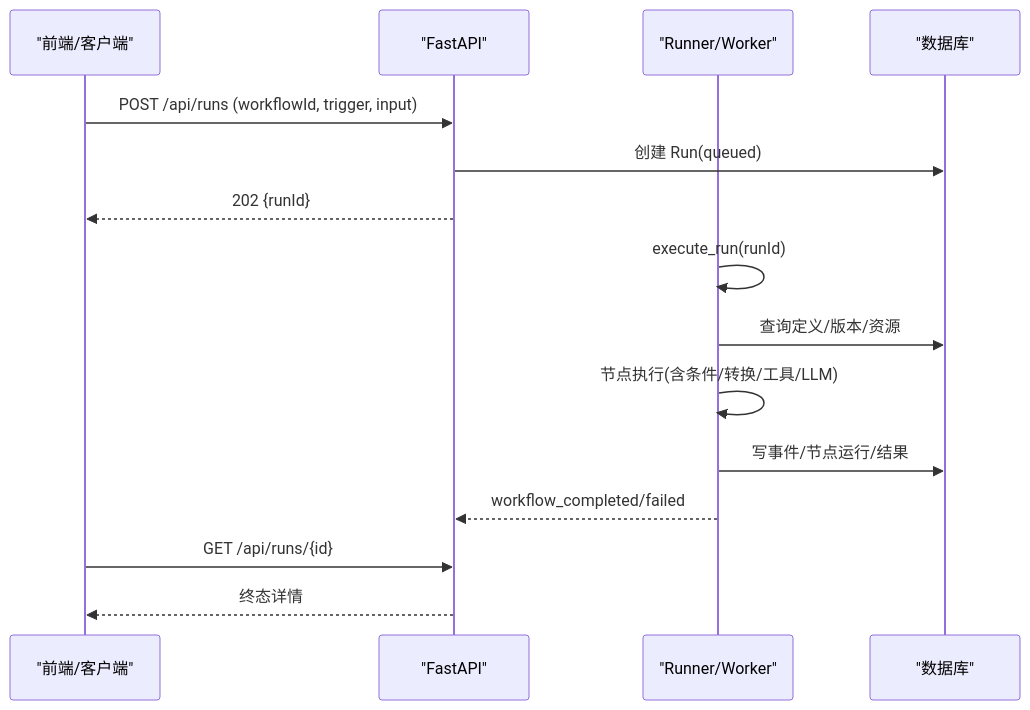
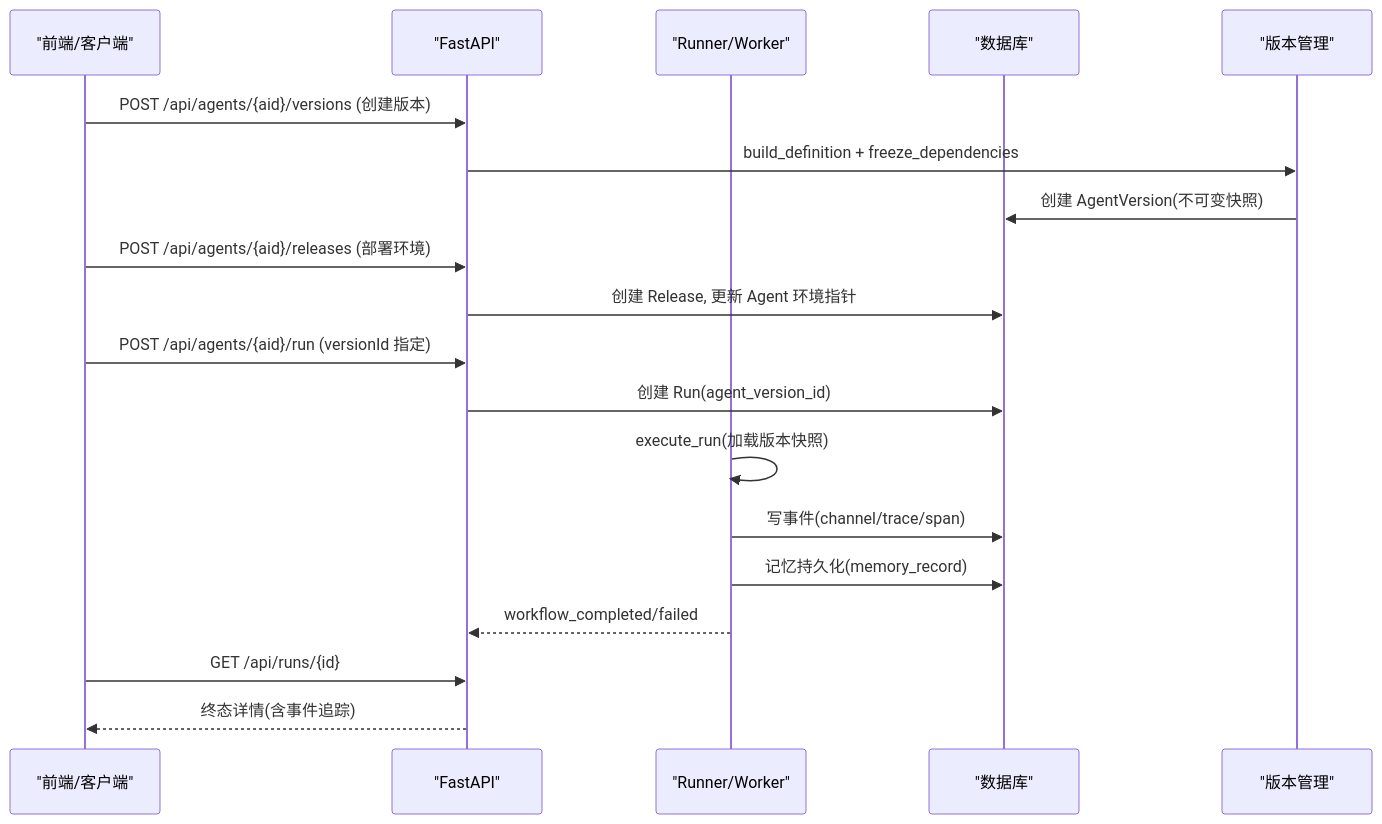
One commit to huiliuxu780/MoreThanCorn changed the second of 2 diagrams in .qoder/repowiki/zh/content/测试与验证体系.md. Above: the diagram before and after it, drawn with Mermaid. The commit also changed other lines of this file and 136 other files, not shown here.

Commit message:
fix: 画布保存后误用 Agent ID 调校验接口（404→每次自动保存报保存失败）；改用 workflowId（用户报告：编辑 workflow 报错）

````diff
--- a/.qoder/repowiki/zh/content/测试与验证体系.md
+++ b/.qoder/repowiki/zh/content/测试与验证体系.md
@@ -116,17 +144,21 @@
 ```mermaid
 sequenceDiagram
 participant FE as "前端/客户端"
 participant API as "FastAPI"
 participant RUN as "Runner/Worker"
 participant DB as "数据库"
-FE->>API : POST /api/runs (workflowId, trigger, input)
-API->>DB : 创建 Run(queued)
-API-->>FE : 202 {runId}
-RUN->>RUN : execute_run(runId)
-RUN->>DB : 查询定义/版本/资源
-RUN->>RUN : 节点执行(含条件/转换/工具/LLM)
-RUN->>DB : 写事件/节点运行/结果
+participant VER as "版本管理"
+FE->>API : POST /api/agents/{aid}/versions (创建版本)
+API->>VER : build_definition + freeze_dependencies
+VER->>DB : 创建 AgentVersion(不可变快照)
+FE->>API : POST /api/agents/{aid}/releases (部署环境)
+API->>DB : 创建 Release, 更新 Agent 环境指针
+FE->>API : POST /api/agents/{aid}/run (versionId 指定)
+API->>DB : 创建 Run(agent_version_id)
+RUN->>RUN : execute_run(加载版本快照)
+RUN->>DB : 写事件(channel/trace/span)
+RUN->>DB : 记忆持久化(memory_record)
 RUN-->>API : workflow_completed/failed
 FE->>API : GET /api/runs/{id}
-API-->>FE : 终态详情
+API-->>FE : 终态详情(含事件追踪)
 ```
````
